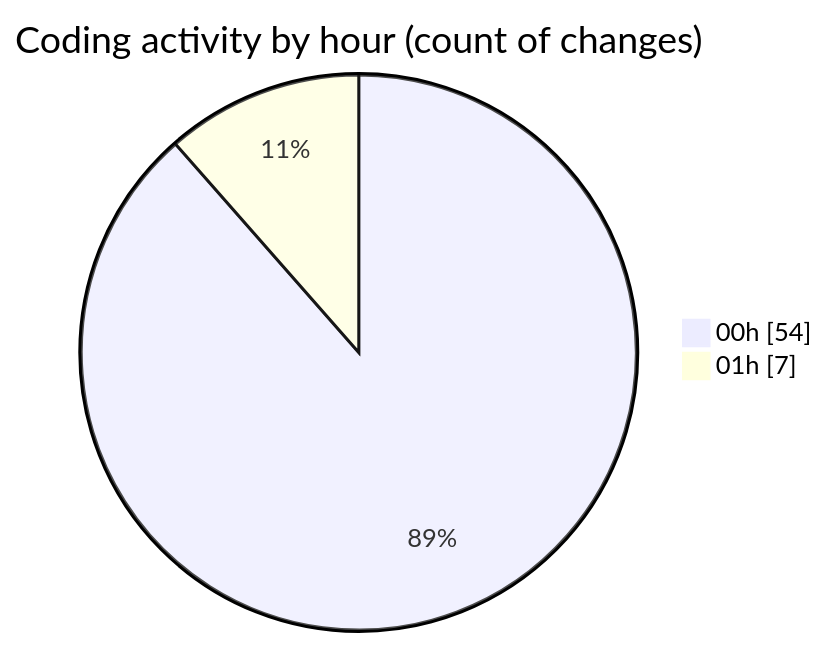
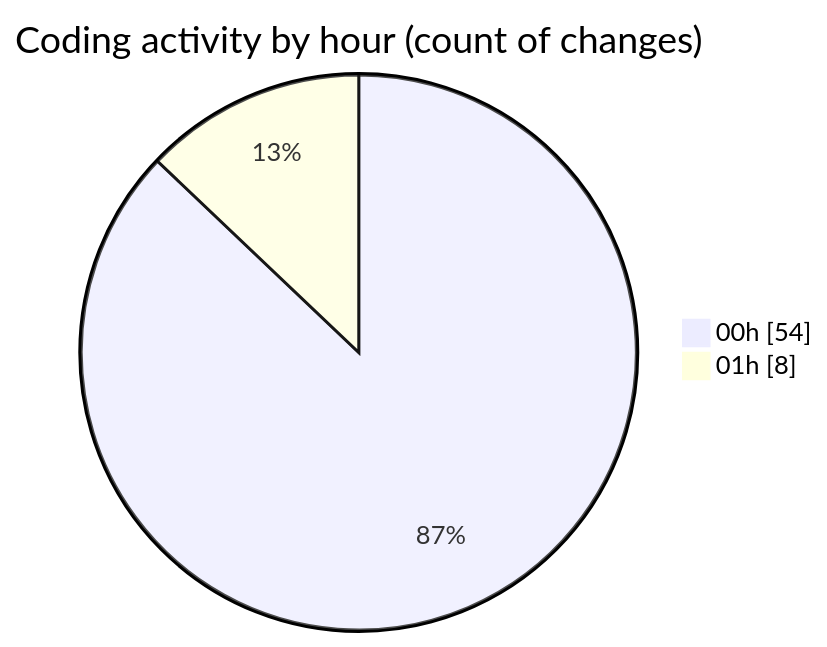
The second of 2 diagrams in 2025-07-26/quanlyrapchieuphim-1/README.md (lephambinh05/code-tracking), drawn with Mermaid before and after one commit. The commit also changed other lines of this file and 1 other file, not shown here.

````diff
--- a/2025-07-26/quanlyrapchieuphim-1/README.md
+++ b/2025-07-26/quanlyrapchieuphim-1/README.md
@@ -34,6 +34,6 @@
 ```mermaid
 pie showData
 title Coding activity by hour (count of changes)
 "00h" : 54
-"01h" : 7
+"01h" : 8
 ```
````
